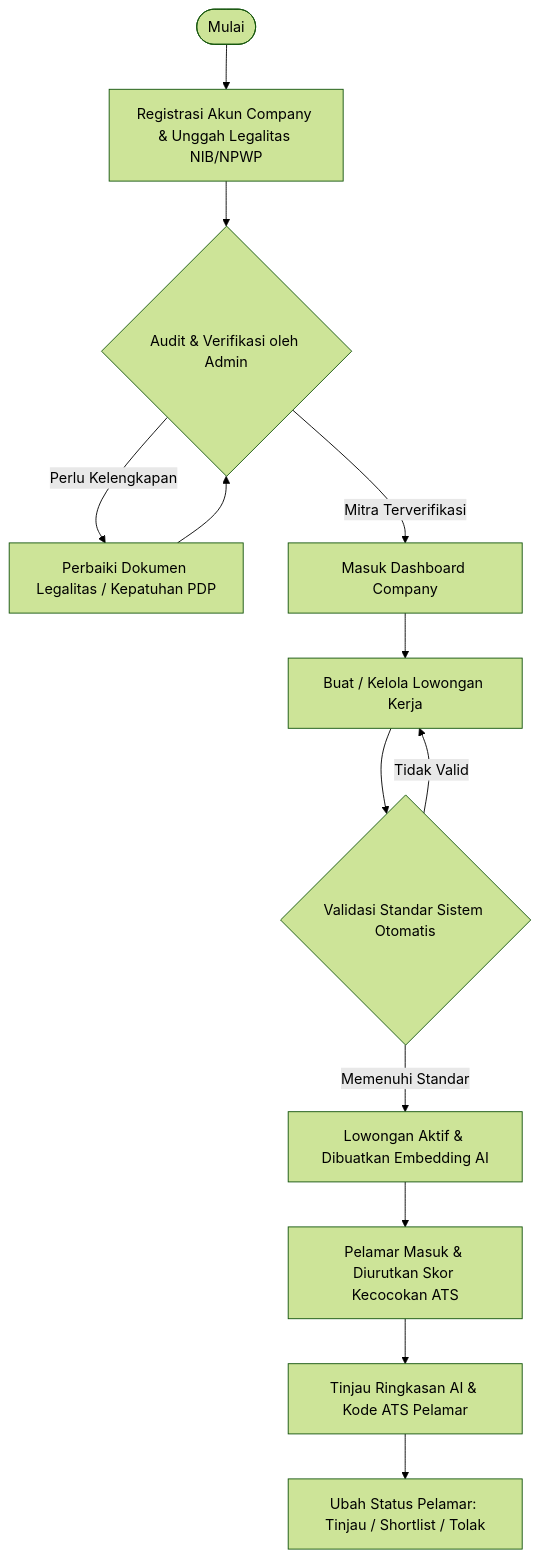
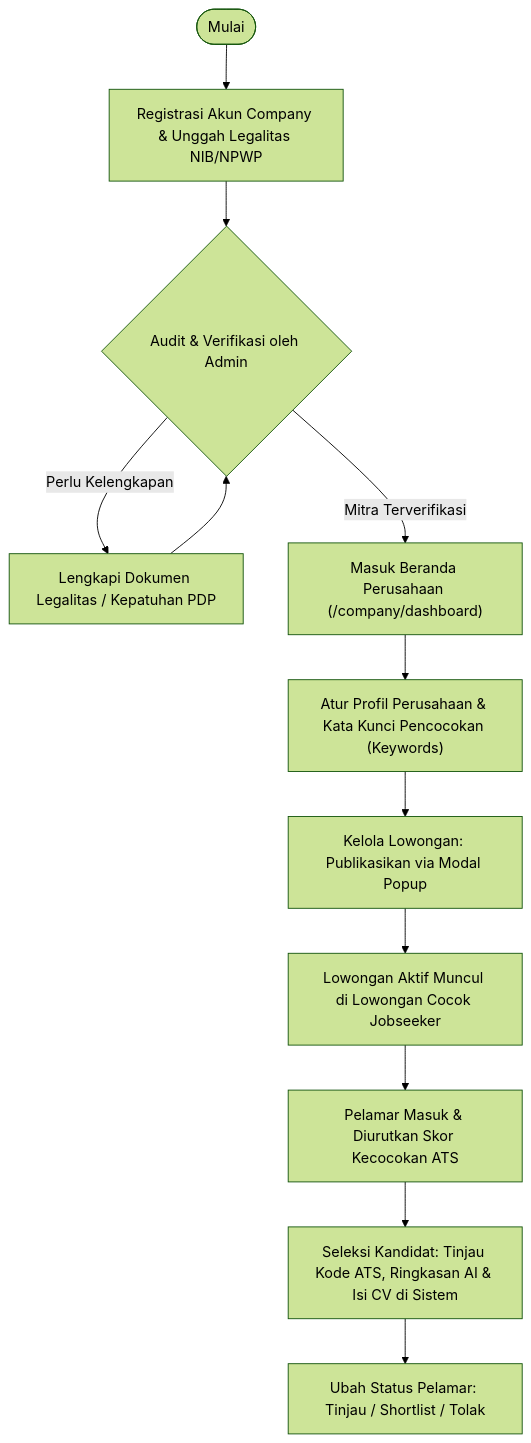
Before and after one commit to DanuZen/Technopreuneur-: the second of 3 diagrams in docs/role-workflows.md, drawn with Mermaid (forest theme). The commit also changed other lines of this file and 3 other files, not shown here.

````diff
--- a/docs/role-workflows.md
+++ b/docs/role-workflows.md
@@ -73,15 +85,14 @@
 ```mermaid
 flowchart TD
-    A([Mulai]) --> B[Registrasi Akun Company & Unggah Legalitas NIB/NPWP]
-    B --> C{Audit & Verifikasi oleh Admin}
-    C -- Perlu Kelengkapan --> D[Perbaiki Dokumen Legalitas / Kepatuhan PDP]
+    A(["Mulai"]) --> B["Registrasi Akun Company & Unggah Legalitas NIB/NPWP"]
+    B --> C{"Audit & Verifikasi oleh Admin"}
+    C -- "Perlu Kelengkapan" --> D["Lengkapi Dokumen Legalitas / Kepatuhan PDP"]
     D --> C
-    C -- Mitra Terverifikasi --> E[Masuk Dashboard Company]
-    E --> F[Buat / Kelola Lowongan Kerja]
-    F --> G{Validasi Standar Sistem Otomatis}
-    G -- Tidak Valid --> F
-    G -- Memenuhi Standar --> H[Lowongan Aktif & Dibuatkan Embedding AI]
-    H --> I[Pelamar Masuk & Diurutkan Skor Kecocokan ATS]
-    I --> J[Tinjau Ringkasan AI & Kode ATS Pelamar]
-    J --> K[Ubah Status Pelamar: Tinjau / Shortlist / Tolak]
+    C -- "Mitra Terverifikasi" --> E["Masuk Beranda Perusahaan (/company/dashboard)"]
+    E --> F["Atur Profil Perusahaan & Kata Kunci Pencocokan (Keywords)"]
+    F --> G["Kelola Lowongan: Publikasikan via Modal Popup"]
+    G --> H["Lowongan Aktif Muncul di Lowongan Cocok Jobseeker"]
+    H --> I["Pelamar Masuk & Diurutkan Skor Kecocokan ATS"]
+    I --> J["Seleksi Kandidat: Tinjau Kode ATS, Ringkasan AI & Isi CV di Sistem"]
+    J --> K["Ubah Status Pelamar: Tinjau / Shortlist / Tolak"]
 ```
````
